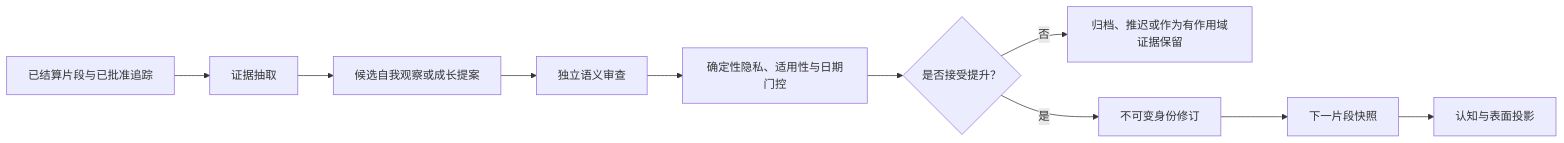
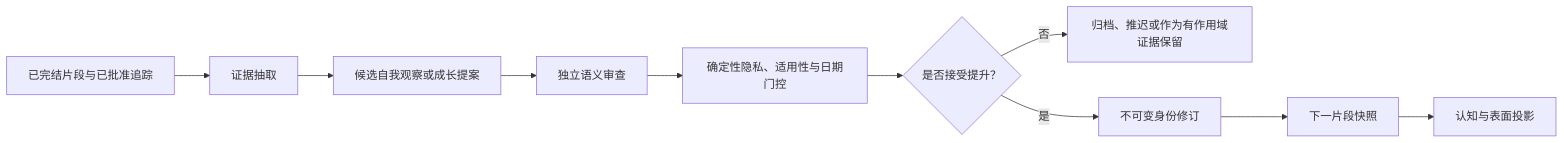
One commit to eamars/KazusaAIChatbot changed the fifth of 5 diagrams in docs/architecture/explicit_cognitive_trajectory_architecture_zh-CN.md. Above: the diagram before and after it, drawn with Mermaid. The commit also changed other lines of this file and 5 other files, not shown here.

````diff
--- a/docs/architecture/explicit_cognitive_trajectory_architecture_zh-CN.md
+++ b/docs/architecture/explicit_cognitive_trajectory_architecture_zh-CN.md
@@ -476,12 +476,12 @@
 ```mermaid
 flowchart LR
-    A["已结算片段与已批准追踪"] --> B["证据抽取"]
+    A["已完结片段与已批准追踪"] --> B["证据抽取"]
     B --> C["候选自我观察或成长提案"]
     C --> D["独立语义审查"]
     D --> E["确定性隐私、适用性与日期门控"]
     E --> F{"是否接受提升？"}
     F -->|"否"| G["归档、推迟或作为有作用域证据保留"]
     F -->|"是"| H["不可变身份修订"]
     H --> I["下一片段快照"]
     I --> J["认知与表面投影"]
 ```
````
